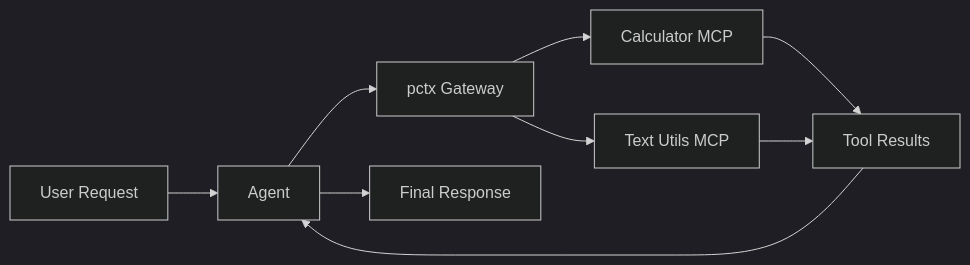
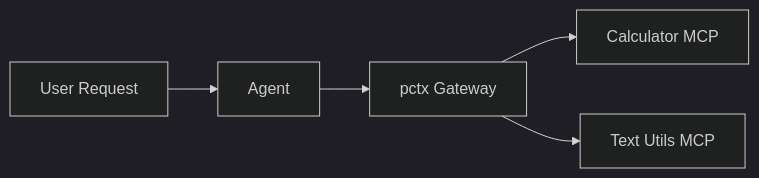
The diagram in docs/examples/unified-mcp-gateway.md (axsaucedo/kaos), drawn with Mermaid (dark theme) before and after one commit. The commit also changed other lines of this file, not shown here.

Commit message:
chore: updated graph and formatting for example

````diff
--- a/docs/examples/unified-mcp-gateway.md
+++ b/docs/examples/unified-mcp-gateway.md
@@ -52,11 +59,7 @@
 ```mermaid
 graph LR
     A[User Request] --> B[Agent]
     B --> C[pctx Gateway]
     C --> D[Calculator MCP]
     C --> E[Text Utils MCP]
-    D --> F[Tool Results]
-    E --> F
-    F --> B
-    B --> G[Final Response]
 ```
````
